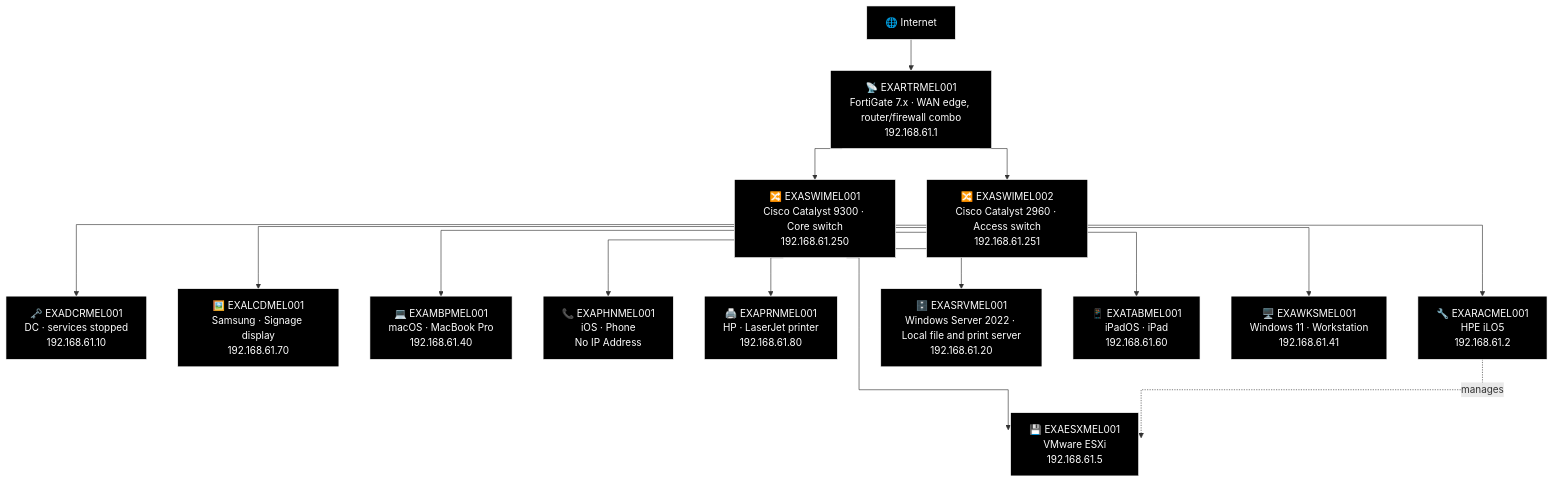
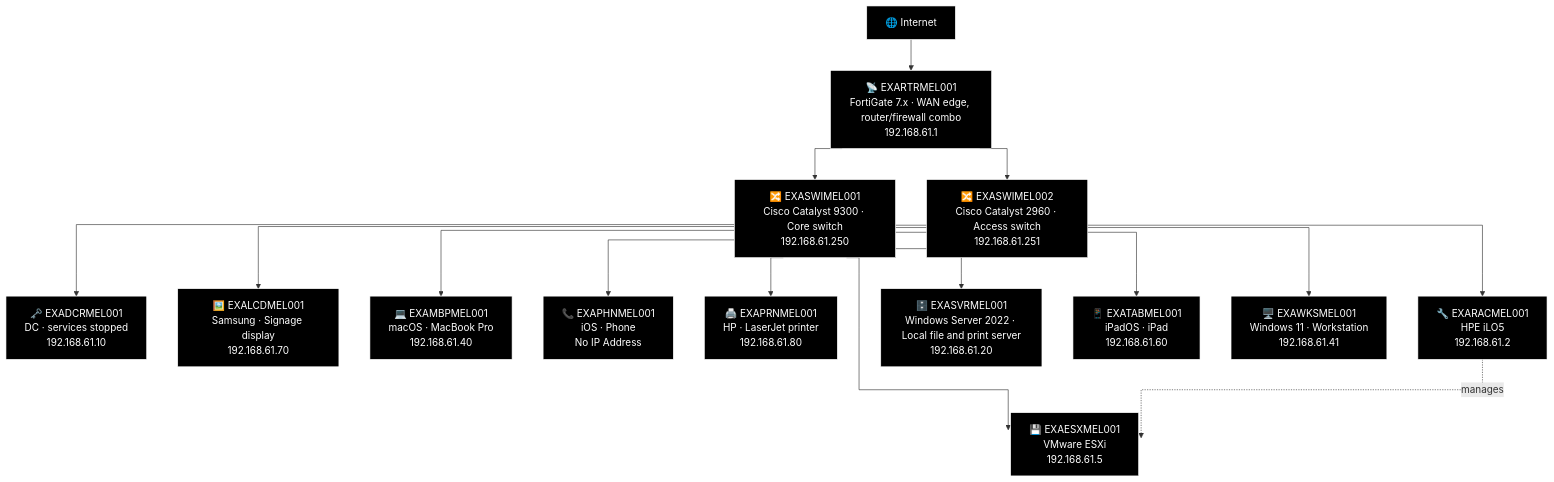
Before and after one commit to knightmare2600/example_music_infra: the fourth of 6 diagrams in docs/network-diagram/australia.md, drawn with Mermaid. The commit also changed other lines of this file and 44 other files, not shown here.

````diff
--- a/docs/network-diagram/australia.md
+++ b/docs/network-diagram/australia.md
@@ -217,49 +217,49 @@
 ```mermaid
 %% GENERATED:OLDNETWORK:MEL:START
 %%{init: {'flowchart': {'curve': 'stepAfter'}}}%%
 graph TD
     O_INET["🌐 Internet"]
     O_RTR["📡 EXARTRMEL001<br/>FortiGate 7.x · WAN edge, router/firewall combo<br/>192.168.61.1"]
     O_SWI1["🔀 EXASWIMEL001<br/>Cisco Catalyst 9300 · Core switch<br/>192.168.61.250"]
     O_SWI2["🔀 EXASWIMEL002<br/>Cisco Catalyst 2960 · Access switch<br/>192.168.61.251"]
     O_DCR["🗝️ EXADCRMEL001<br/>DC · services stopped<br/>192.168.61.10"]
     O_ESX["💾 EXAESXMEL001<br/>VMware ESXi<br/>192.168.61.5"]
     O_LCD["🖼️ EXALCDMEL001<br/>Samsung · Signage display<br/>192.168.61.70"]
     O_MBP["💻 EXAMBPMEL001<br/>macOS · MacBook Pro<br/>192.168.61.40"]
     O_PHN["📞 EXAPHNMEL001<br/>iOS · Phone<br/>No IP Address"]
     O_PRN["🖨️ EXAPRNMEL001<br/>HP · LaserJet printer<br/>192.168.61.80"]
     O_RAC["🔧 EXARACMEL001<br/>HPE iLO5<br/>192.168.61.2"]
-    O_SRV["🗄️ EXASRVMEL001<br/>Windows Server 2022 · Local file and print server<br/>192.168.61.20"]
+    O_SRV["🗄️ EXASVRMEL001<br/>Windows Server 2022 · Local file and print server<br/>192.168.61.20"]
     O_TAB["📱 EXATABMEL001<br/>iPadOS · iPad<br/>192.168.61.60"]
     O_WKS["🖥️ EXAWKSMEL001<br/>Windows 11 · Workstation<br/>192.168.61.41"]
     O_INET --> O_RTR
     O_RTR --> O_SWI1
     O_RTR --> O_SWI2
     O_SWI1 --> O_DCR
     O_SWI1 --> O_ESX
     O_SWI1 --> O_LCD
     O_SWI1 --> O_MBP
     O_SWI1 --> O_PHN
     O_SWI1 --> O_PRN
     O_SWI1 --> O_RAC
     O_RAC -.->|"manages"| O_ESX
     O_SWI1 --> O_SRV
     O_SWI1 --> O_TAB
     O_SWI1 --> O_WKS
 
     style O_INET fill:#000000,stroke:#FFFFFF,color:#FFFFFF
     style O_RTR fill:#000000,stroke:#FFFFFF,color:#FFFFFF
     style O_SWI1 fill:#000000,stroke:#FFFFFF,color:#FFFFFF
     style O_SWI2 fill:#000000,stroke:#FFFFFF,color:#FFFFFF
     style O_DCR fill:#000000,stroke:#FFFFFF,color:#FFFFFF
     style O_ESX fill:#000000,stroke:#FFFFFF,color:#FFFFFF
     style O_LCD fill:#000000,stroke:#FFFFFF,color:#FFFFFF
     style O_MBP fill:#000000,stroke:#FFFFFF,color:#FFFFFF
     style O_PHN fill:#000000,stroke:#FFFFFF,color:#FFFFFF
     style O_PRN fill:#000000,stroke:#FFFFFF,color:#FFFFFF
     style O_RAC fill:#000000,stroke:#FFFFFF,color:#FFFFFF
     style O_SRV fill:#000000,stroke:#FFFFFF,color:#FFFFFF
     style O_TAB fill:#000000,stroke:#FFFFFF,color:#FFFFFF
     style O_WKS fill:#000000,stroke:#FFFFFF,color:#FFFFFF
 %% GENERATED:OLDNETWORK:MEL:END
 ```
````
